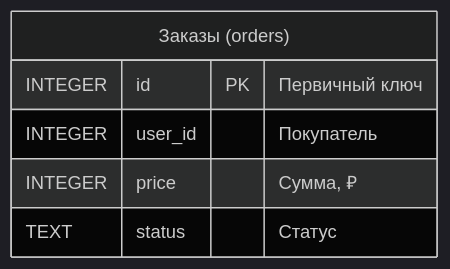
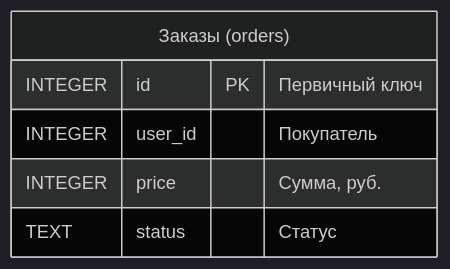
The diagram in disciplines/it03/lectures/includes/retail_orders_db/retail_orders.mermaid (vshp-online/it.vshp.online), drawn with Mermaid (dark theme) before and after one commit. The commit also changed 5 other files, not shown here.

Commit message:
мелкие фиксы в диаграммах и данных ИТ.03

```diff
--- a/disciplines/it03/lectures/includes/retail_orders_db/retail_orders.mermaid
+++ b/disciplines/it03/lectures/includes/retail_orders_db/retail_orders.mermaid
@@ -1,8 +1,8 @@
 erDiagram
   %% Журнал заказов интернет-магазина
   orders["Заказы (orders)"] {
     INTEGER    id PK      "Первичный ключ"
     INTEGER    user_id    "Покупатель"
-    INTEGER    price      "Сумма, ₽"
+    INTEGER    price      "Сумма, руб."
     TEXT       status     "Статус"
   }
```
